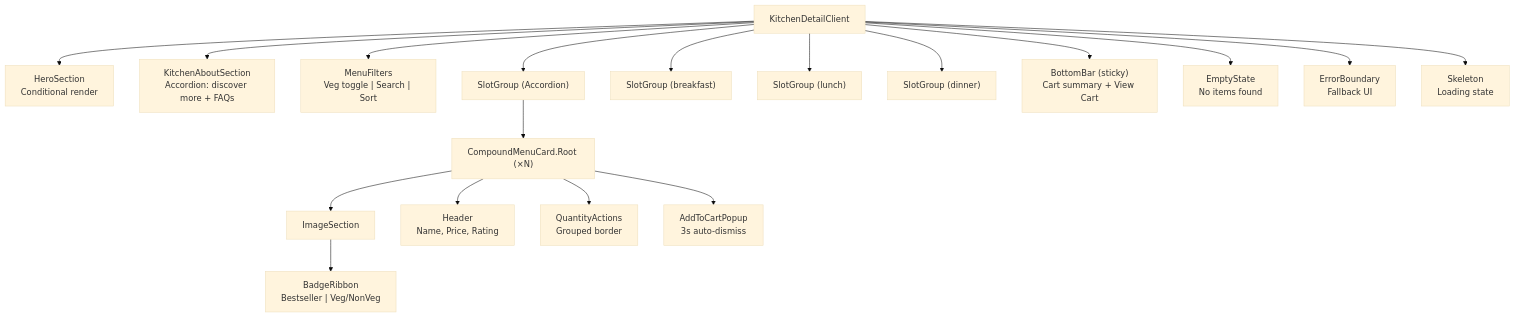
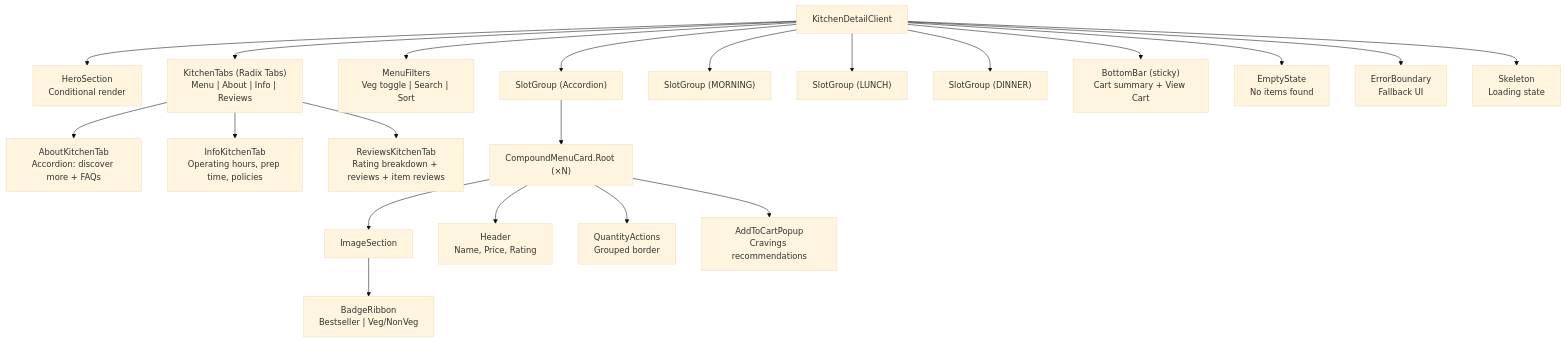
The seventh of 7 diagrams in docs/07-component-system.md (dharshan47/rrckitchen), drawn with Mermaid (base theme) before and after one commit. The commit also changed other lines of this file and 462 other files, not shown here.

````diff
--- a/docs/07-component-system.md
+++ b/docs/07-component-system.md
@@ -272,23 +272,27 @@
 ```mermaid
 graph TB
     KD["KitchenDetailClient"]
     KD --> HS["HeroSection<br/>Conditional render"]
-    KD --> KA["KitchenAboutSection<br/>Accordion: discover more + FAQs"]
+    KD --> T["KitchenTabs (Radix Tabs)<br/>Menu | About | Info | Reviews"]
     KD --> MF["MenuFilters<br/>Veg toggle | Search | Sort"]
     KD --> SG["SlotGroup (Accordion)"]
-    KD --> SG2["SlotGroup (breakfast)"]
-    KD --> SG3["SlotGroup (lunch)"]
-    KD --> SG4["SlotGroup (dinner)"]
+    KD --> SG2["SlotGroup (MORNING)"]
+    KD --> SG3["SlotGroup (LUNCH)"]
+    KD --> SG4["SlotGroup (DINNER)"]
+
+    T --> KA["AboutKitchenTab<br/>Accordion: discover more + FAQs"]
+    T --> KI["InfoKitchenTab<br/>Operating hours, prep time, policies"]
+    T --> KR["ReviewsKitchenTab<br/>Rating breakdown + reviews + item reviews"]
 
     SG --> CMR["CompoundMenuCard.Root (×N)"]
     CMR --> IS["ImageSection"]
     IS --> BR["BadgeRibbon<br/>Bestseller | Veg/NonVeg"]
     CMR --> HDR["Header<br/>Name, Price, Rating"]
     CMR --> QA["QuantityActions<br/>Grouped border"]
-    CMR --> POP["AddToCartPopup<br/>3s auto-dismiss"]
+    CMR --> POP["AddToCartPopup<br/>Cravings recommendations"]
 
     KD --> BB["BottomBar (sticky)<br/>Cart summary + View Cart"]
     KD --> EMP["EmptyState<br/>No items found"]
     KD --> ERR["ErrorBoundary<br/>Fallback UI"]
     KD --> SKL["Skeleton<br/>Loading state"]
 ```
````
